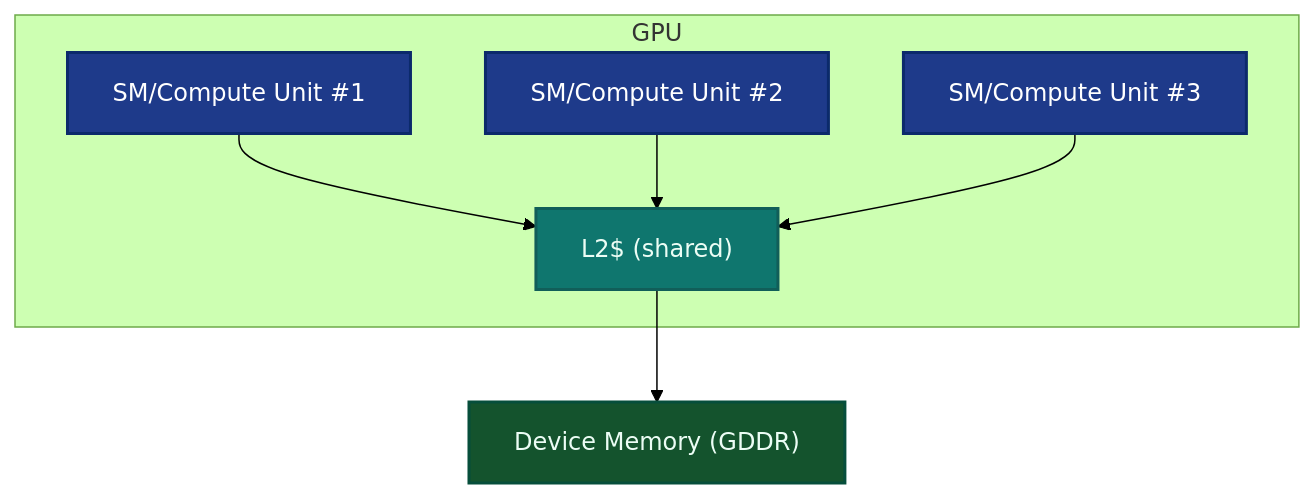
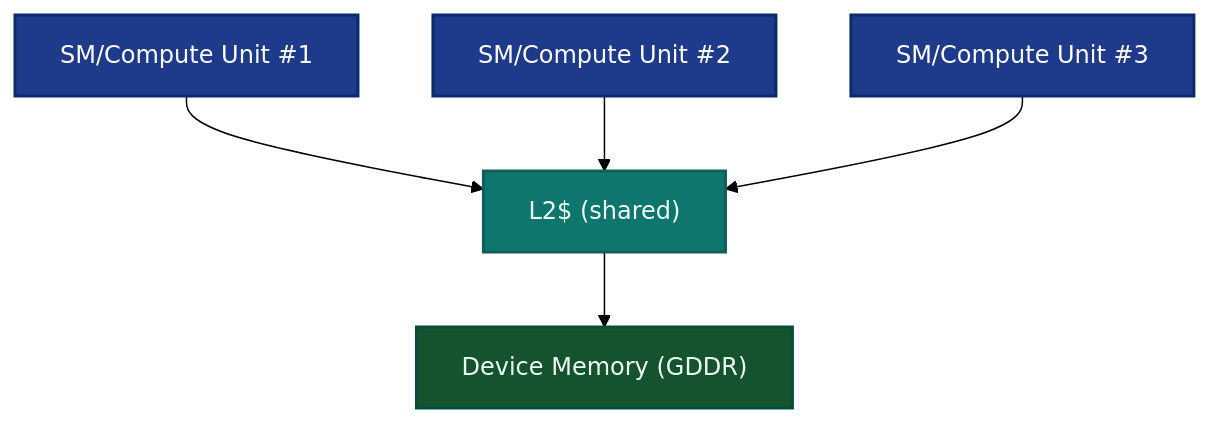
Before and after one commit to jaysalw/csref.dev: diagram 12 of 15 in docs/level-4/computing-skills/computer-systems-and-architecture.md, drawn with Mermaid (forest theme). The commit also changed other lines of this file, not shown here.

Commit message:
Refactor Mermaid diagrams to improve CPU and GPU representation

````diff
--- a/docs/level-4/computing-skills/computer-systems-and-architecture.md
+++ b/docs/level-4/computing-skills/computer-systems-and-architecture.md
@@ -242,17 +240,16 @@
 ```mermaid
 flowchart TB
   classDef sm fill:#1e3a8a,stroke:#0b2a6b,stroke-width:2,color:#fff;
   classDef cache fill:#0f766e,stroke:#115e59,stroke-width:2,color:#ecfdf5;
   classDef mem fill:#14532d,stroke:#064e3b,stroke-width:2,color:#ecfdf5;
 
-  subgraph GPU
-    SM1["SM/Compute Unit #1"]:::sm
-    SM2["SM/Compute Unit #2"]:::sm
-    SM3["SM/Compute Unit #3"]:::sm
-    L2["L2$ (shared)"]:::cache
-  end
+  SM1["SM/Compute Unit #1"]:::sm
+  SM2["SM/Compute Unit #2"]:::sm
+  SM3["SM/Compute Unit #3"]:::sm
+  L2["L2$ (shared)"]:::cache
   GDDR["Device Memory (GDDR)"]:::mem
+  
   SM1 --> L2 --> GDDR
   SM2 --> L2
   SM3 --> L2
 ```
````
